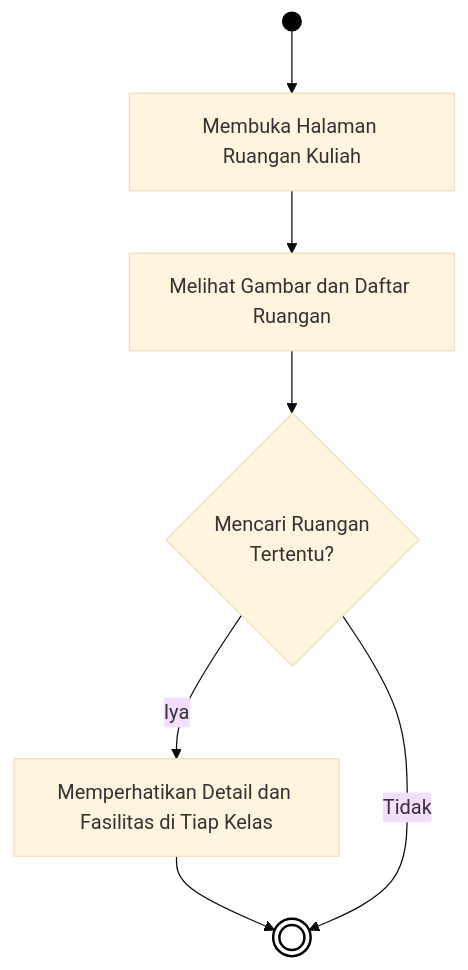
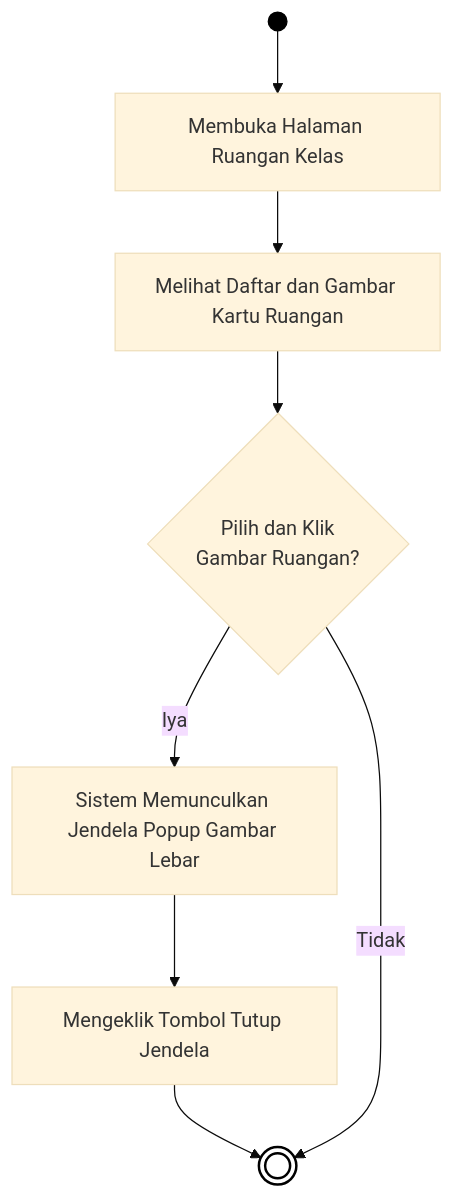
Before and after one commit to arbain-dev/Web_fikom: the ninth of 12 diagrams in docs/01B_DIAGRAM_AKTIVITAS_PUBLIK.md, drawn with Mermaid (base theme). The commit also changed other lines of this file, not shown here.

Commit message:
docs: menyelaraskan diagram aktivitas publik ke 7-12 secara ekstrem dengan logika codingan realtime

````diff
--- a/docs/01B_DIAGRAM_AKTIVITAS_PUBLIK.md
+++ b/docs/01B_DIAGRAM_AKTIVITAS_PUBLIK.md
@@ -261,15 +282,16 @@
 ```mermaid
 flowchart TD
-    Start(( )) --> A[Membuka Halaman Ruangan Kuliah]
+    Start(( )) --> A[Membuka Halaman Ruangan Kelas]
     
-    A --> B[Melihat Gambar dan Daftar Ruangan]
-    B --> C{Mencari Ruangan\nTertentu?}
+    A --> B[Melihat Daftar dan Gambar Kartu Ruangan]
+    B --> C{Pilih dan Klik\nGambar Ruangan?}
     
-    C -- Iya --> D[Memperhatikan Detail dan Fasilitas di Tiap Kelas]
-    D --> End((( )))
+    C -- Iya --> D[Sistem Memunculkan Jendela Popup Gambar Lebar]
+    D --> E[Mengeklik Tombol Tutup Jendela]
+    E --> End((( )))
     
     C -- Tidak --> End
     
     style Start fill:#000,stroke:#000,color:#000
     style End fill:#fff,stroke:#000,stroke-width:2px
 ```
````
